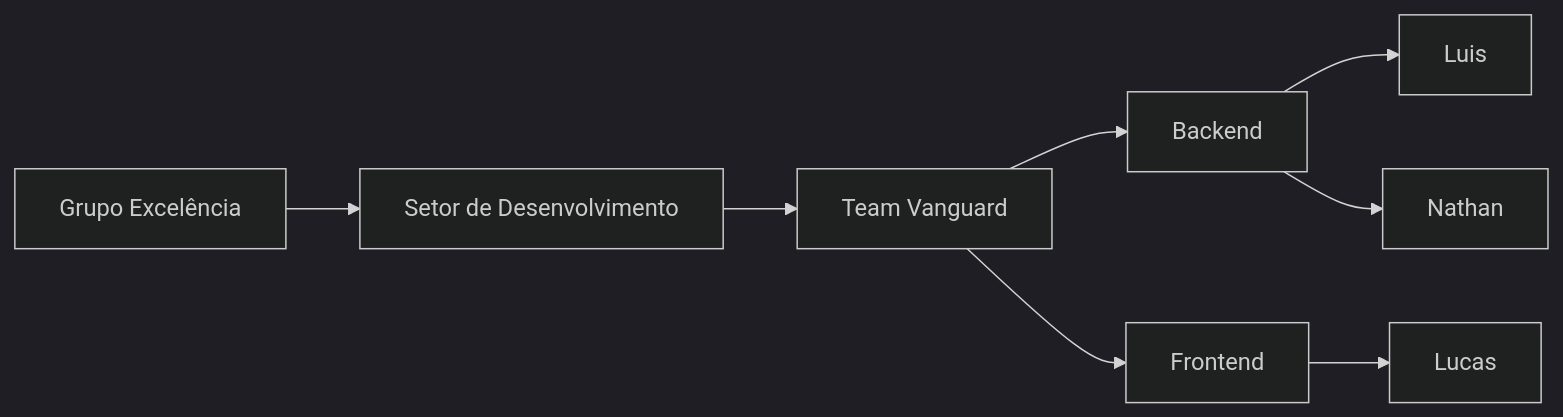
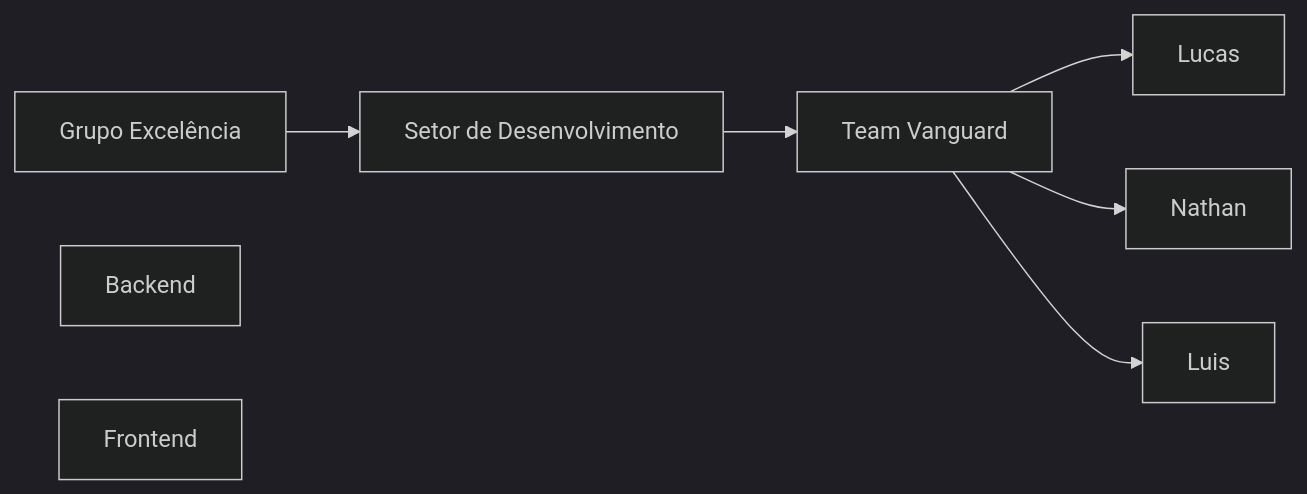
One commit to excelenciavanguard/.github changed the first of 2 diagrams in profile/README.md. Above: the diagram before and after it, drawn with Mermaid (dark theme). The commit also changed other lines of this file, not shown here.

````diff
--- a/profile/README.md
+++ b/profile/README.md
@@ -47,18 +47,17 @@
 ```mermaid
 flowchart LR
     GE[Grupo Excelência]
     DV[Setor de Desenvolvimento]
     TV[Team Vanguard]
     BE[Backend]
     FE[Frontend]
     L1[Luis]
     N1[Nathan]
     L2[Lucas]
 
     GE --> DV --> TV
-    TV --> BE
-    TV --> FE
-    BE --> L1
-    BE --> N1
-    FE --> L2
+    TV --> L2
+    TV --> N1
+    TV --> L1
+
 ```
````
